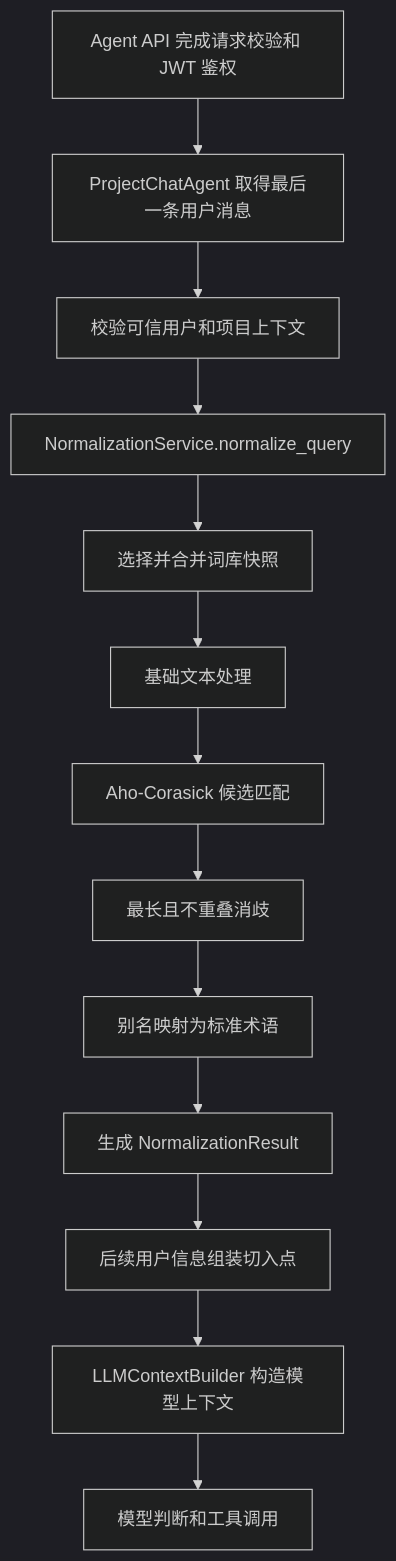
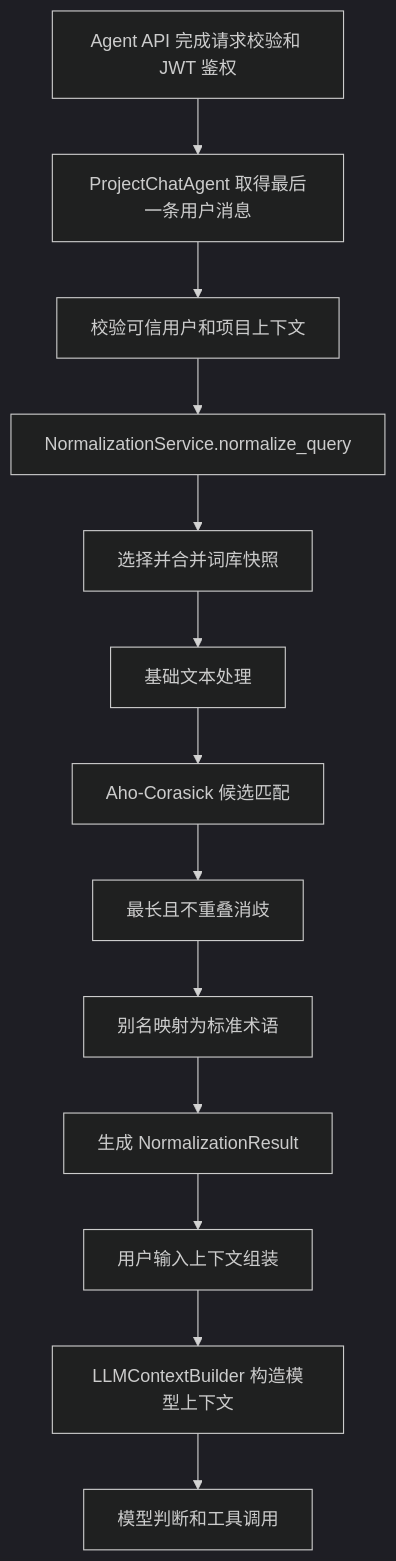
One commit to ningningsenpai/PM-AGENT changed the diagram in agent-service/docs/输入归一化执行细节.md. Above: the diagram before and after it, drawn with Mermaid (dark theme). The commit also changed other lines of this file and 73 other files, not shown here.

````diff
--- a/agent-service/docs/输入归一化执行细节.md
+++ b/agent-service/docs/输入归一化执行细节.md
@@ -74,15 +74,15 @@
 ```mermaid
 flowchart TD
     A["Agent API 完成请求校验和 JWT 鉴权"] --> B["ProjectChatAgent 取得最后一条用户消息"]
     B --> C["校验可信用户和项目上下文"]
     C --> D["NormalizationService.normalize_query"]
     D --> E["选择并合并词库快照"]
     E --> F["基础文本处理"]
     F --> G["Aho-Corasick 候选匹配"]
     G --> H["最长且不重叠消歧"]
     H --> I["别名映射为标准术语"]
     I --> J["生成 NormalizationResult"]
-    J --> K["后续用户信息组装切入点"]
+    J --> K["用户输入上下文组装"]
     K --> L["LLMContextBuilder 构造模型上下文"]
     L --> M["模型判断和工具调用"]
 ```
````
